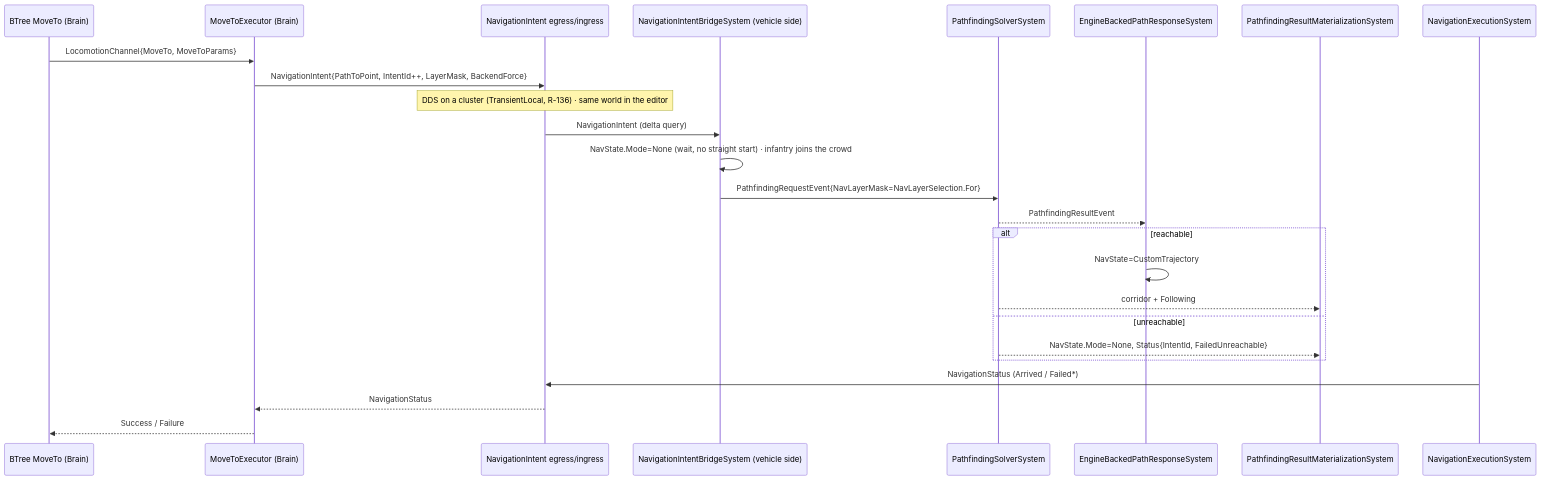
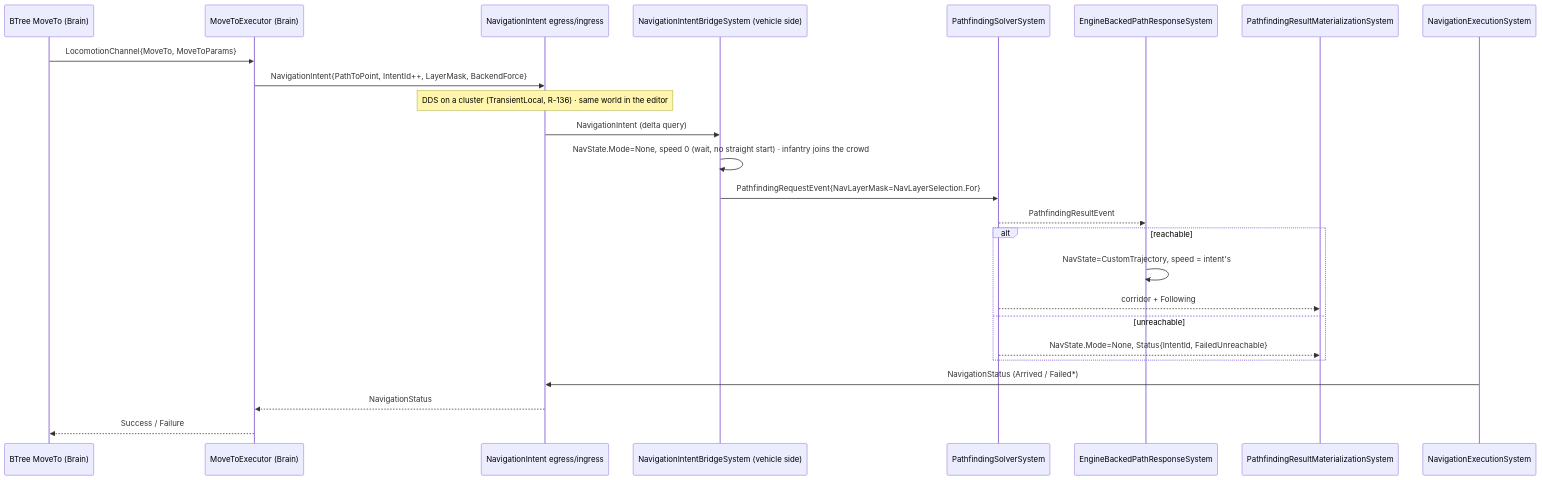
Before and after one commit to pjanec/HROT: the first of 10 diagrams in docs/designs/navig-2/Navigation_Design_v2_0.md, drawn with Mermaid. The commit also changed other lines of this file and 5 other files, not shown here.

````diff
--- a/docs/designs/navig-2/Navigation_Design_v2_0.md
+++ b/docs/designs/navig-2/Navigation_Design_v2_0.md
@@ -153,27 +163,27 @@
 ```mermaid
 sequenceDiagram
     participant BT as BTree MoveTo (Brain)
     participant EX as MoveToExecutor (Brain)
     participant W as NavigationIntent egress/ingress
     participant BR as NavigationIntentBridgeSystem (vehicle side)
     participant SO as PathfindingSolverSystem
     participant RS as EngineBackedPathResponseSystem
     participant MZ as PathfindingResultMaterializationSystem
     participant NE as NavigationExecutionSystem
     BT->>EX: LocomotionChannel{MoveTo, MoveToParams}
     EX->>W: NavigationIntent{PathToPoint, IntentId++, LayerMask, BackendForce}
     Note over W: DDS on a cluster (TransientLocal, R-136) · same world in the editor
     W->>BR: NavigationIntent (delta query)
-    BR->>BR: NavState.Mode=None (wait, no straight start) · infantry joins the crowd
+    BR->>BR: NavState.Mode=None, speed 0 (wait, no straight start) · infantry joins the crowd
     BR->>SO: PathfindingRequestEvent{NavLayerMask=NavLayerSelection.For}
     SO-->>RS: PathfindingResultEvent
     alt reachable
-        RS->>RS: NavState=CustomTrajectory
+        RS->>RS: NavState=CustomTrajectory, speed = intent's
         SO-->>MZ: corridor + Following
     else unreachable
         SO-->>MZ: NavState.Mode=None, Status{IntentId, FailedUnreachable}
     end
     NE->>W: NavigationStatus (Arrived / Failed*)
     W-->>EX: NavigationStatus
     EX-->>BT: Success / Failure
 ```
````
